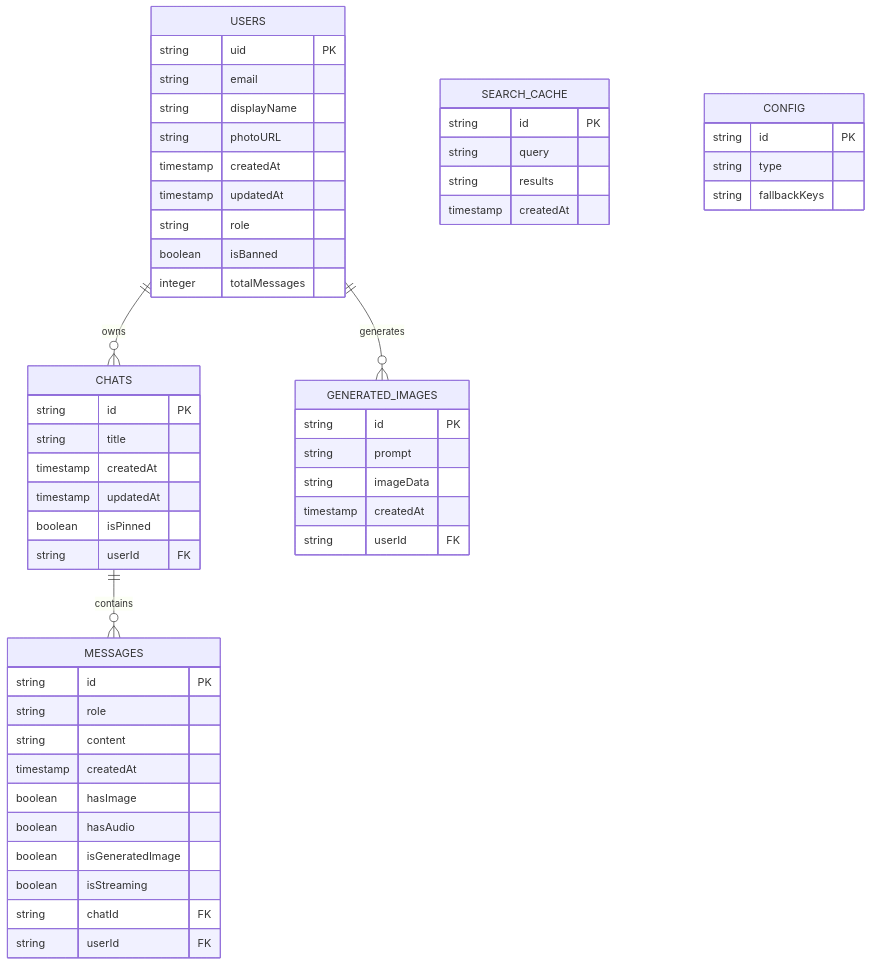
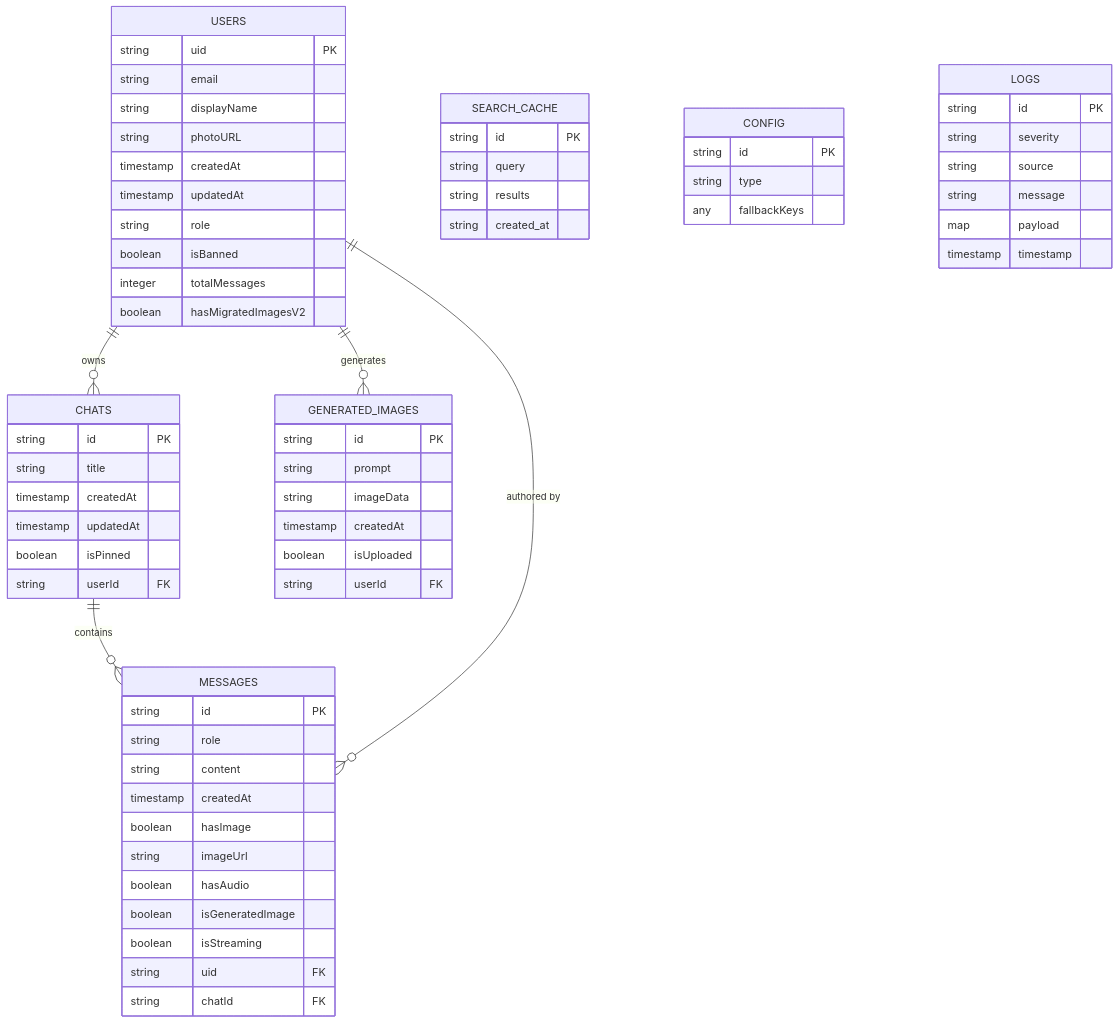
One commit to worsarise-gif/Chrono changed the first of 3 diagrams in documents.md. Above: the diagram before and after it, drawn with Mermaid. The commit also changed other lines of this file, not shown here.

````diff
--- a/documents.md
+++ b/documents.md
@@ -7,56 +7,68 @@
 ```mermaid
 erDiagram
     USERS {
         string uid PK
         string email
         string displayName
         string photoURL
         timestamp createdAt
         timestamp updatedAt
         string role
         boolean isBanned
         integer totalMessages
+        boolean hasMigratedImagesV2
     }
     CHATS {
         string id PK
         string title
         timestamp createdAt
         timestamp updatedAt
         boolean isPinned
         string userId FK
     }
     MESSAGES {
         string id PK
         string role
         string content
         timestamp createdAt
         boolean hasImage
+        string imageUrl
         boolean hasAudio
         boolean isGeneratedImage
         boolean isStreaming
+        string uid FK
         string chatId FK
-        string userId FK
     }
     GENERATED_IMAGES {
         string id PK
         string prompt
         string imageData
         timestamp createdAt
+        boolean isUploaded
         string userId FK
     }
     SEARCH_CACHE {
         string id PK
         string query
         string results
-        timestamp createdAt
+        string created_at
     }
     CONFIG {
         string id PK
         string type
-        string fallbackKeys
+        any fallbackKeys
+    }
+    LOGS {
+        string id PK
+        string severity
+        string source
+        string message
+        map payload
+        timestamp timestamp
     }
 
     USERS ||--o{ CHATS : "owns"
     USERS ||--o{ GENERATED_IMAGES : "generates"
     CHATS ||--o{ MESSAGES : "contains"
+    MESSAGES }o--|| USERS : "authored by"
 ```
````
